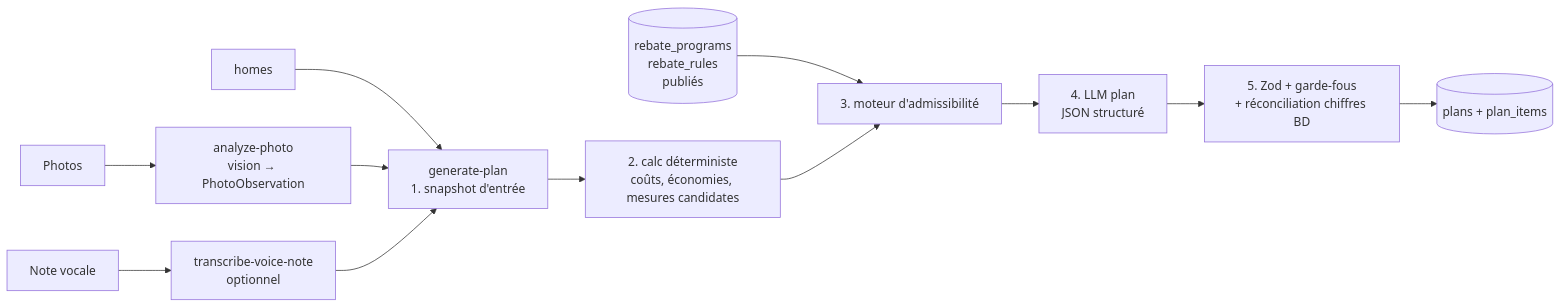
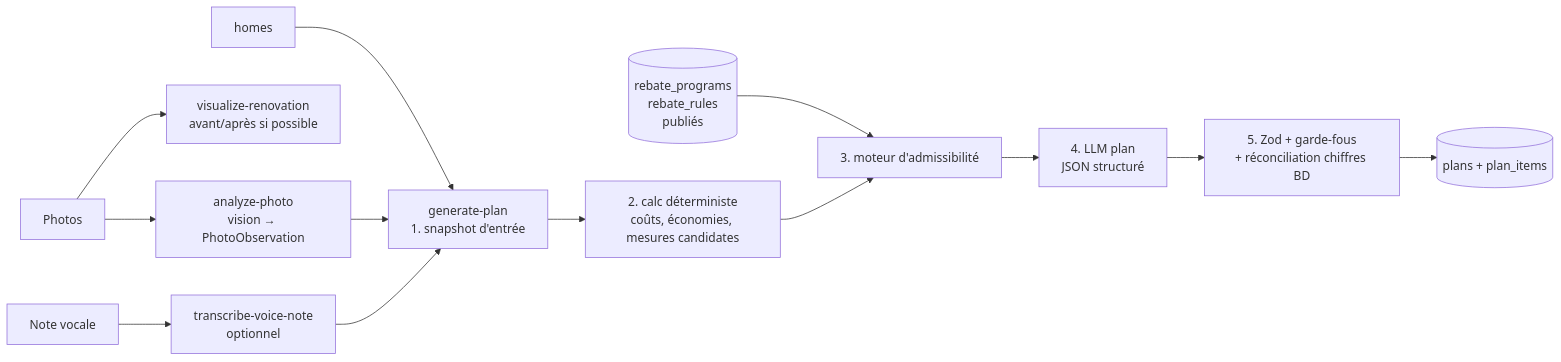
One commit to VernoB/renoroute changed the diagram in docs/06-ai-pipeline.md. Above: the diagram before and after it, drawn with Mermaid. The commit also changed other lines of this file and 27 other files, not shown here.

````diff
--- a/docs/06-ai-pipeline.md
+++ b/docs/06-ai-pipeline.md
@@ -18,14 +19,15 @@
 ```mermaid
 flowchart LR
   A[Photos] --> B[analyze-photo<br/>vision → PhotoObservation]
+  A --> VZ[visualize-renovation<br/>avant/après si possible]
   V[Note vocale] --> T[transcribe-voice-note<br/>optionnel]
   H[homes] --> C
   B --> C[generate-plan<br/>1. snapshot d'entrée]
   T --> C
   C --> D[2. calc déterministe<br/>coûts, économies, mesures candidates]
   R[(rebate_programs<br/>rebate_rules<br/>publiés)] --> E[3. moteur d'admissibilité]
   D --> E
   E --> F[4. LLM plan<br/>JSON structuré]
   F --> G[5. Zod + garde-fous<br/>+ réconciliation chiffres BD]
   G --> I[(plans + plan_items)]
 ```
````
